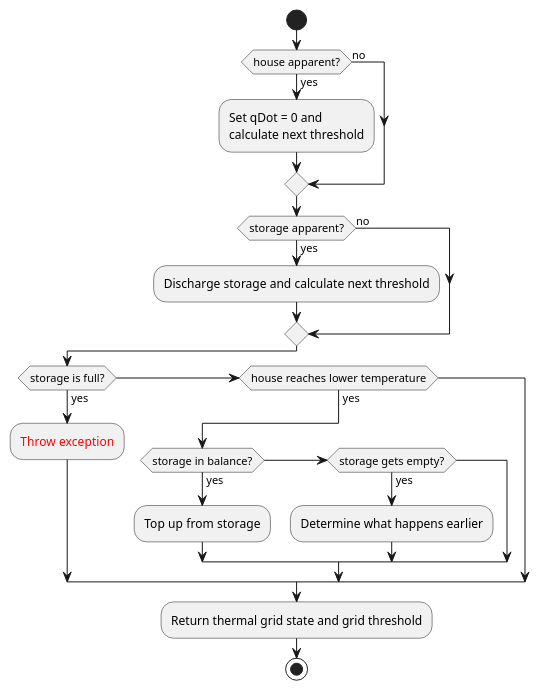
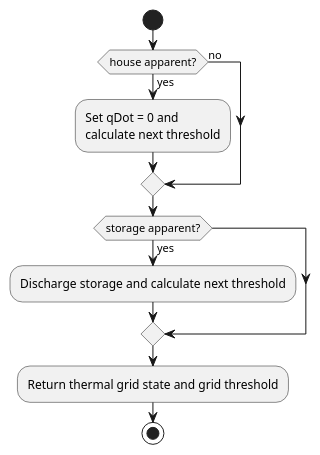
One commit to ie3-institute/simona changed the diagram in docs/uml/main/models/thermal/grid/HandleConsumption.puml. Above: the diagram before and after it, drawn with PlantUML. The commit also changed 10 other files, not shown here.

```diff
--- a/docs/uml/main/models/thermal/grid/HandleConsumption.puml
+++ b/docs/uml/main/models/thermal/grid/HandleConsumption.puml
@@ -1,27 +1,15 @@
 @startuml
 'https://plantuml.com/activity-diagram-beta
 
 start
 if (house apparent?) then (yes)
   :Set qDot = 0 and\ncalculate next threshold;
 else (no)
 endif
 if (storage apparent?) then (yes)
   :Discharge storage and calculate next threshold;
-else (no)
-endif
-if (storage is full?) then (yes)
-  :<font color=red>Throw exception</font>;
-else if (house reaches lower temperature) then (yes)
-  if (storage in balance?) then (yes)
-    :Top up from storage;
-  else if (storage gets empty?) then (yes)
-    :Determine what happens earlier;
-  else
-    note right: No threshold\nwill be reached
-  endif
 endif
 :Return thermal grid state and grid threshold;
 stop
 
 @enduml
```
